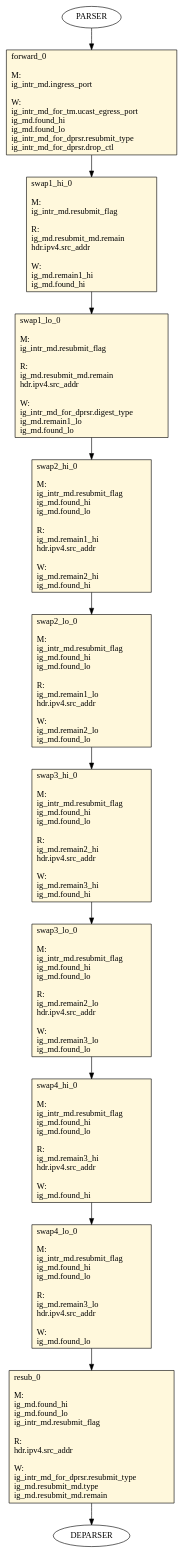
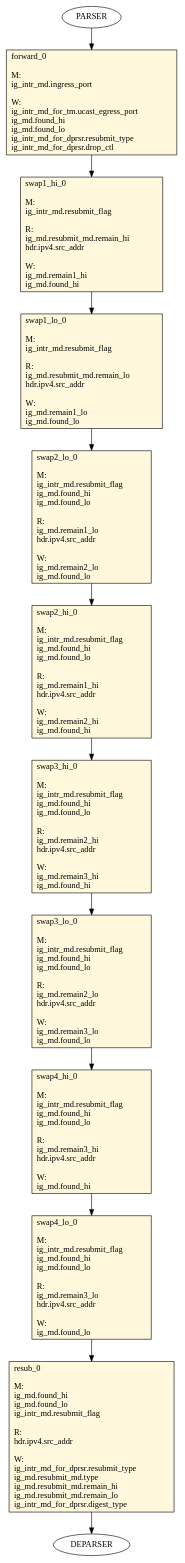
The diagram in waterfall-fcm-srctuple/waterfall_fcm/tofino/pipe/graphs/0_table_flow_graph_ingress.dot (joepboumans/waterfall-table), drawn with Graphviz before and after one commit. The commit also changed 39 other files, not shown here.

```diff
--- a/waterfall-fcm-srctuple/waterfall_fcm/tofino/pipe/graphs/0_table_flow_graph_ingress.dot
+++ b/waterfall-fcm-srctuple/waterfall_fcm/tofino/pipe/graphs/0_table_flow_graph_ingress.dot
@@ -1,126 +1,127 @@
 digraph ingress {
 forward_0 [ shape=record, style="filled", fillcolor=cornsilk, label="forward_0\l\l
 M:\l
  ig_intr_md.ingress_port\l
 \lW:\l
  ig_intr_md_for_tm.ucast_egress_port\l
  ig_md.found_hi\l
  ig_md.found_lo\l
  ig_intr_md_for_dprsr.resubmit_type\l
  ig_intr_md_for_dprsr.drop_ctl\l
  "];
 swap1_hi_0 [ shape=record, style="filled", fillcolor=cornsilk, label="swap1_hi_0\l\l
 M:\l
  ig_intr_md.resubmit_flag\l
 \lR:\l
- ig_md.resubmit_md.remain\l
+ ig_md.resubmit_md.remain_hi\l
  hdr.ipv4.src_addr\l
 \lW:\l
  ig_md.remain1_hi\l
  ig_md.found_hi\l
  "];
 swap1_lo_0 [ shape=record, style="filled", fillcolor=cornsilk, label="swap1_lo_0\l\l
 M:\l
  ig_intr_md.resubmit_flag\l
 \lR:\l
- ig_md.resubmit_md.remain\l
+ ig_md.resubmit_md.remain_lo\l
  hdr.ipv4.src_addr\l
 \lW:\l
- ig_intr_md_for_dprsr.digest_type\l
  ig_md.remain1_lo\l
+ ig_md.found_lo\l
+ "];
+swap2_lo_0 [ shape=record, style="filled", fillcolor=cornsilk, label="swap2_lo_0\l\l
+M:\l
+ ig_intr_md.resubmit_flag\l
+ ig_md.found_hi\l
+ ig_md.found_lo\l
+\lR:\l
+ ig_md.remain1_lo\l
+ hdr.ipv4.src_addr\l
+\lW:\l
+ ig_md.remain2_lo\l
  ig_md.found_lo\l
  "];
 swap2_hi_0 [ shape=record, style="filled", fillcolor=cornsilk, label="swap2_hi_0\l\l
 M:\l
  ig_intr_md.resubmit_flag\l
  ig_md.found_hi\l
  ig_md.found_lo\l
 \lR:\l
  ig_md.remain1_hi\l
  hdr.ipv4.src_addr\l
 \lW:\l
  ig_md.remain2_hi\l
  ig_md.found_hi\l
- "];
-swap2_lo_0 [ shape=record, style="filled", fillcolor=cornsilk, label="swap2_lo_0\l\l
-M:\l
- ig_intr_md.resubmit_flag\l
- ig_md.found_hi\l
- ig_md.found_lo\l
-\lR:\l
- ig_md.remain1_lo\l
- hdr.ipv4.src_addr\l
-\lW:\l
- ig_md.remain2_lo\l
- ig_md.found_lo\l
  "];
 swap3_hi_0 [ shape=record, style="filled", fillcolor=cornsilk, label="swap3_hi_0\l\l
 M:\l
  ig_intr_md.resubmit_flag\l
  ig_md.found_hi\l
  ig_md.found_lo\l
 \lR:\l
  ig_md.remain2_hi\l
  hdr.ipv4.src_addr\l
 \lW:\l
  ig_md.remain3_hi\l
  ig_md.found_hi\l
  "];
 swap3_lo_0 [ shape=record, style="filled", fillcolor=cornsilk, label="swap3_lo_0\l\l
 M:\l
  ig_intr_md.resubmit_flag\l
  ig_md.found_hi\l
  ig_md.found_lo\l
 \lR:\l
  ig_md.remain2_lo\l
  hdr.ipv4.src_addr\l
 \lW:\l
  ig_md.remain3_lo\l
  ig_md.found_lo\l
  "];
 swap4_hi_0 [ shape=record, style="filled", fillcolor=cornsilk, label="swap4_hi_0\l\l
 M:\l
  ig_intr_md.resubmit_flag\l
  ig_md.found_hi\l
  ig_md.found_lo\l
 \lR:\l
  ig_md.remain3_hi\l
  hdr.ipv4.src_addr\l
 \lW:\l
  ig_md.found_hi\l
  "];
 swap4_lo_0 [ shape=record, style="filled", fillcolor=cornsilk, label="swap4_lo_0\l\l
 M:\l
  ig_intr_md.resubmit_flag\l
  ig_md.found_hi\l
  ig_md.found_lo\l
 \lR:\l
  ig_md.remain3_lo\l
  hdr.ipv4.src_addr\l
 \lW:\l
  ig_md.found_lo\l
  "];
 resub_0 [ shape=record, style="filled", fillcolor=cornsilk, label="resub_0\l\l
 M:\l
  ig_md.found_hi\l
  ig_md.found_lo\l
  ig_intr_md.resubmit_flag\l
 \lR:\l
  hdr.ipv4.src_addr\l
 \lW:\l
  ig_intr_md_for_dprsr.resubmit_type\l
  ig_md.resubmit_md.type\l
- ig_md.resubmit_md.remain\l
+ ig_md.resubmit_md.remain_hi\l
+ ig_md.resubmit_md.remain_lo\l
+ ig_intr_md_for_dprsr.digest_type\l
  "];
     PARSER -> forward_0
     forward_0 -> swap1_hi_0
     swap1_hi_0 -> swap1_lo_0
-    swap1_lo_0 -> swap2_hi_0
-    swap2_hi_0 -> swap2_lo_0
-    swap2_lo_0 -> swap3_hi_0
+    swap1_lo_0 -> swap2_lo_0
+    swap2_lo_0 -> swap2_hi_0
+    swap2_hi_0 -> swap3_hi_0
     swap3_hi_0 -> swap3_lo_0
     swap3_lo_0 -> swap4_hi_0
     swap4_hi_0 -> swap4_lo_0
     swap4_lo_0 -> resub_0
     resub_0 -> DEPARSER
 }
```
